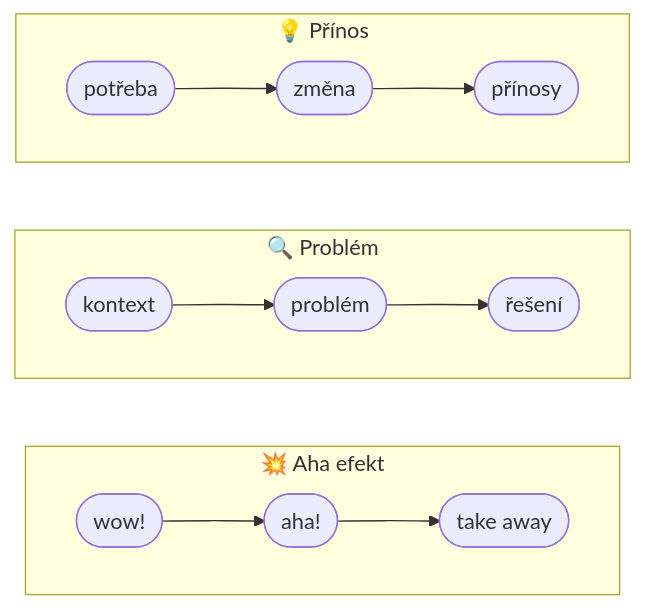
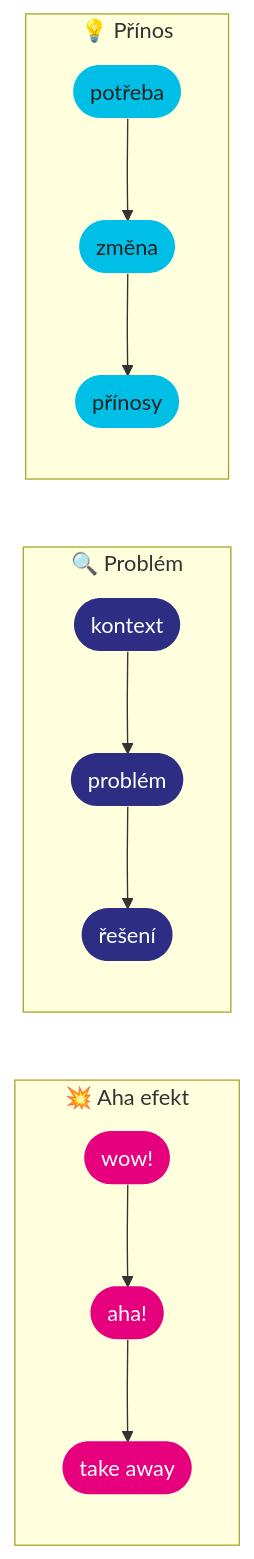
The diagram in slides/05-struktura.md (srameko/presentation-skills-cybersecurity), drawn with Mermaid before and after one commit.

Commit message:
Redesign struktura diagram: 3 TD columns with Czechitas colors

````diff
--- a/slides/05-struktura.md
+++ b/slides/05-struktura.md
@@ -10,15 +10,24 @@
 ```mermaid
 graph LR
     subgraph s1["💥 Aha efekt"]
-      direction LR
+      direction TB
       A1([wow!]) --> B1([aha!]) --> C1([take away])
     end
     subgraph s2["🔍 Problém"]
-      direction LR
+      direction TB
       A2([kontext]) --> B2([problém]) --> C2([řešení])
     end
     subgraph s3["💡 Přínos"]
-      direction LR
+      direction TB
       A3([potřeba]) --> B3([změna]) --> C3([přínosy])
     end
+    style A1 fill:#E6007E,stroke:none,color:#fff
+    style B1 fill:#E6007E,stroke:none,color:#fff
+    style C1 fill:#E6007E,stroke:none,color:#fff
+    style A2 fill:#2D2E83,stroke:none,color:#fff
+    style B2 fill:#2D2E83,stroke:none,color:#fff
+    style C2 fill:#2D2E83,stroke:none,color:#fff
+    style A3 fill:#00BFE7,stroke:none,color:#222
+    style B3 fill:#00BFE7,stroke:none,color:#222
+    style C3 fill:#00BFE7,stroke:none,color:#222
 ```
````
